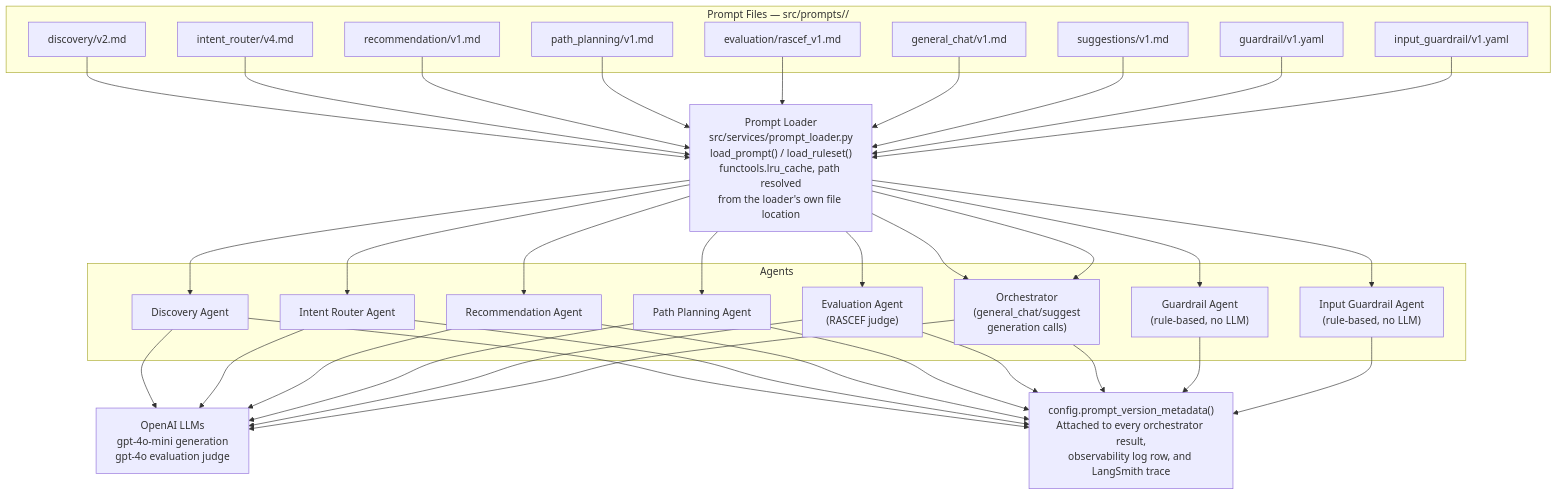
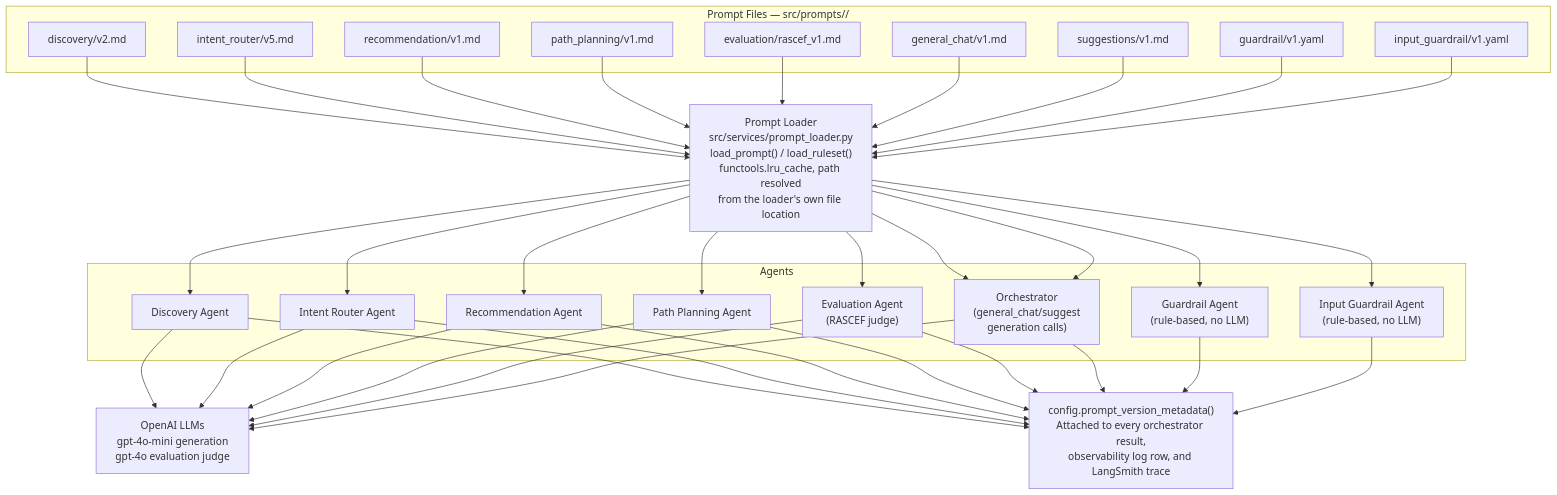
The seventh of 7 diagrams in docs/08_Diagrams.md (a-koder/pathfinder-ai), drawn with Mermaid before and after one commit. The commit also changed other lines of this file and 9 other files, not shown here.

````diff
--- a/docs/08_Diagrams.md
+++ b/docs/08_Diagrams.md
@@ -343,37 +343,37 @@
 ```mermaid
 flowchart TD
     subgraph Files ["Prompt Files — src/prompts/<category>/<version>"]
         F1["discovery/v2.md"]
-        F2["intent_router/v4.md"]
+        F2["intent_router/v5.md"]
         F3["recommendation/v1.md"]
         F4["path_planning/v1.md"]
         F5["evaluation/rascef_v1.md"]
         F6["general_chat/v1.md"]
         F7["suggestions/v1.md"]
         F8["guardrail/v1.yaml"]
         F9["input_guardrail/v1.yaml"]
     end
     LOADER["Prompt Loader\nsrc/services/prompt_loader.py\nload_prompt() / load_ruleset()\nfunctools.lru_cache, path resolved\nfrom the loader's own file location"]
     subgraph Agents ["Agents"]
         A1["Discovery Agent"]
         A2["Intent Router Agent"]
         A3["Recommendation Agent"]
         A4["Path Planning Agent"]
         A5["Evaluation Agent\n(RASCEF judge)"]
         A6["Orchestrator\n(general_chat/suggest\ngeneration calls)"]
         A7["Guardrail Agent\n(rule-based, no LLM)"]
         A8["Input Guardrail Agent\n(rule-based, no LLM)"]
     end
     LLM["OpenAI LLMs\ngpt-4o-mini generation\ngpt-4o evaluation judge"]
     META["config.prompt_version_metadata()\nAttached to every orchestrator result,\nobservability log row, and LangSmith trace"]
     F1 --> LOADER --> A1 --> LLM
     F2 --> LOADER --> A2 --> LLM
     F3 --> LOADER --> A3 --> LLM
     F4 --> LOADER --> A4 --> LLM
     F5 --> LOADER --> A5 --> LLM
     F6 --> LOADER --> A6 --> LLM
     F7 --> LOADER --> A6
     F8 --> LOADER --> A7
     F9 --> LOADER --> A8
     A1 & A2 & A3 & A4 & A5 & A6 & A7 & A8 --> META
 ```
````
